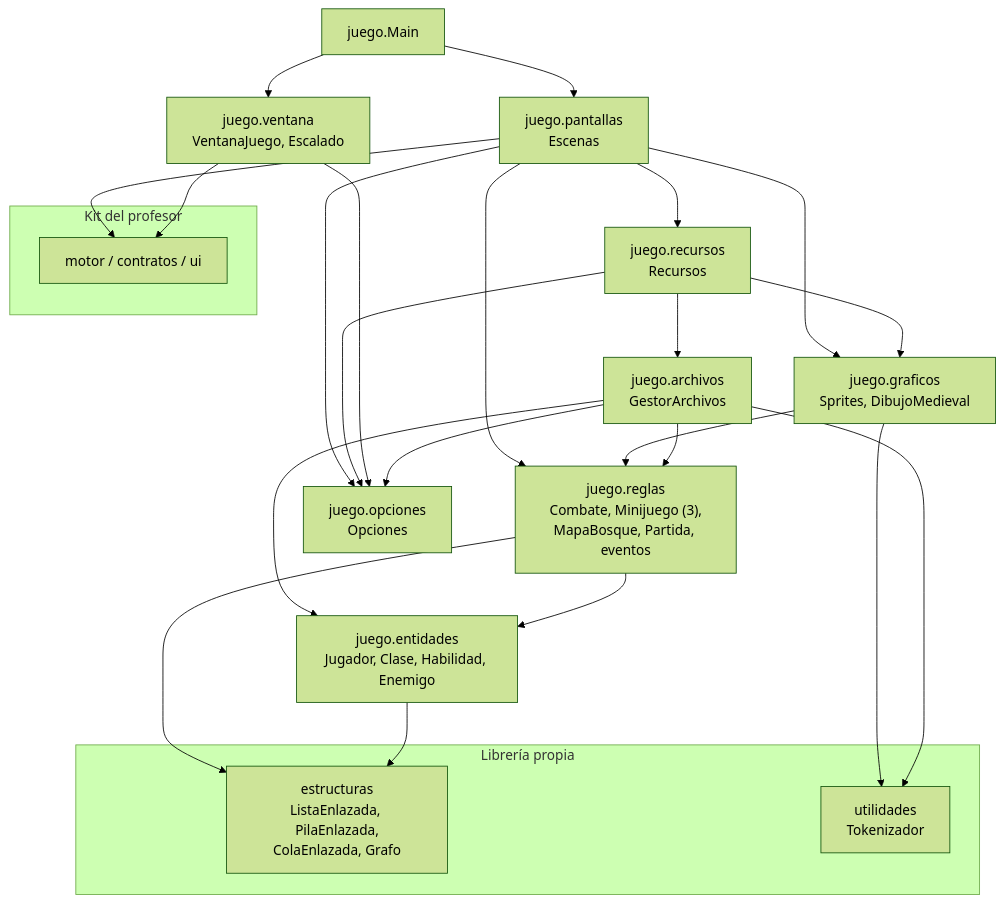
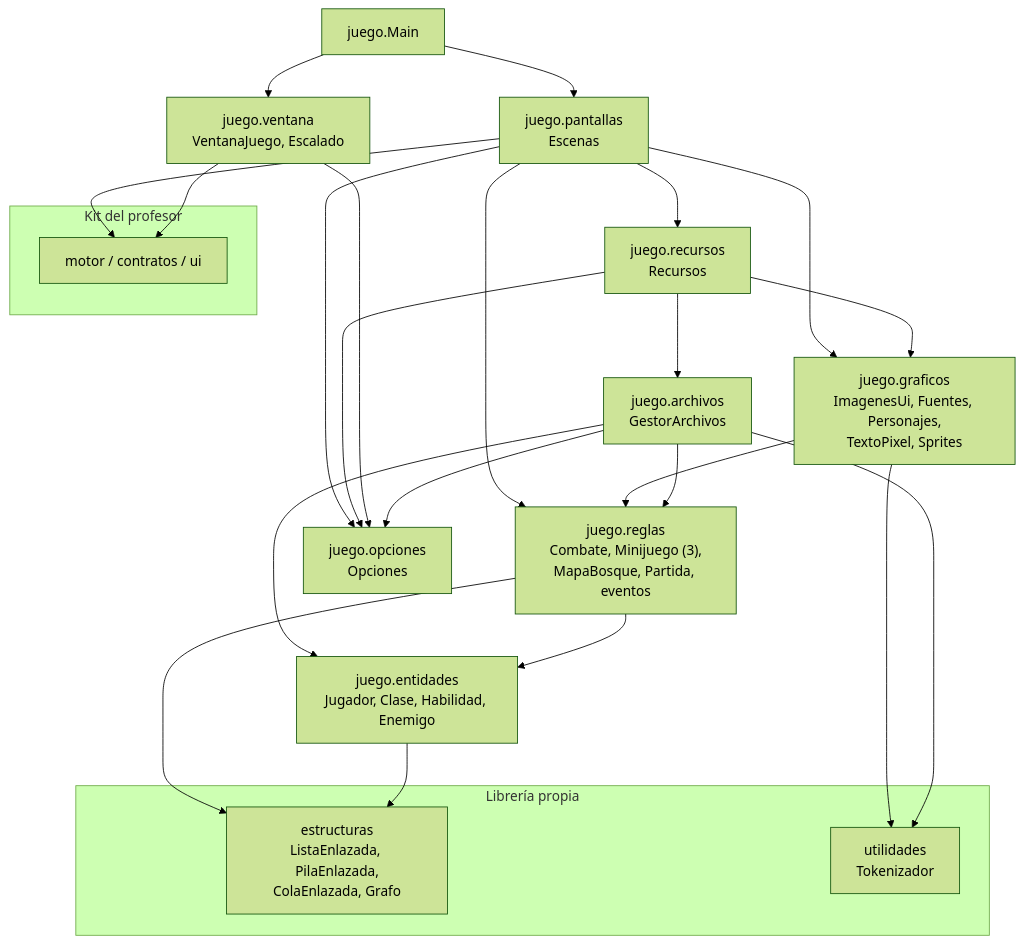
The first of 2 diagrams in docs/03-diseno-y-diagrama-de-clases.md (WillDM22/elsenderooscuro), drawn with Mermaid (forest theme) before and after one commit. The commit also changed other lines of this file and 157 other files, not shown here.

````diff
--- a/docs/03-diseno-y-diagrama-de-clases.md
+++ b/docs/03-diseno-y-diagrama-de-clases.md
@@ -11,41 +11,41 @@
 ```mermaid
 flowchart TD
     subgraph kit["Kit del profesor"]
         motor["motor / contratos / ui"]
     end
     subgraph lib["Librería propia"]
         estructuras["estructuras<br/>ListaEnlazada, PilaEnlazada,<br/>ColaEnlazada, Grafo"]
         utilidades["utilidades<br/>Tokenizador"]
     end
     entidades["juego.entidades<br/>Jugador, Clase, Habilidad, Enemigo"]
     reglas["juego.reglas<br/>Combate, Minijuego (3),<br/>MapaBosque, Partida, eventos"]
     opciones["juego.opciones<br/>Opciones"]
     ventana["juego.ventana<br/>VentanaJuego, Escalado"]
     archivos["juego.archivos<br/>GestorArchivos"]
-    graficos["juego.graficos<br/>Sprites, DibujoMedieval"]
+    graficos["juego.graficos<br/>ImagenesUi, Fuentes, Personajes,<br/>TextoPixel, Sprites"]
     recursos["juego.recursos<br/>Recursos"]
     pantallas["juego.pantallas<br/>Escenas"]
     main["juego.Main"]
 
     entidades --> estructuras
     reglas --> entidades
     reglas --> estructuras
     archivos --> reglas
     archivos --> entidades
     archivos --> utilidades
     archivos --> opciones
     ventana --> opciones
     ventana --> motor
     recursos --> opciones
     pantallas --> opciones
     graficos --> reglas
     graficos --> utilidades
     recursos --> archivos
     recursos --> graficos
     pantallas --> recursos
     pantallas --> reglas
     pantallas --> graficos
     pantallas --> motor
     main --> pantallas
     main --> ventana
 ```
````
